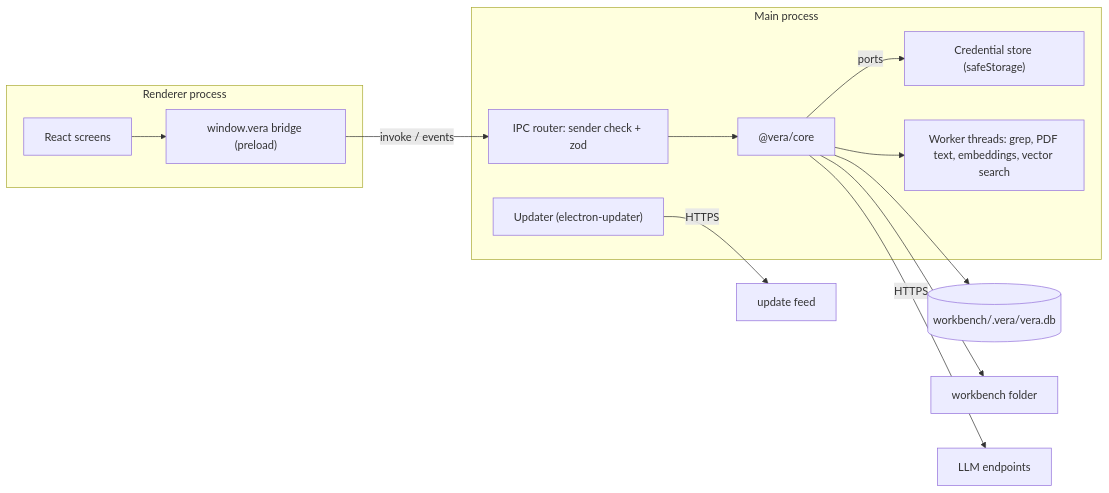
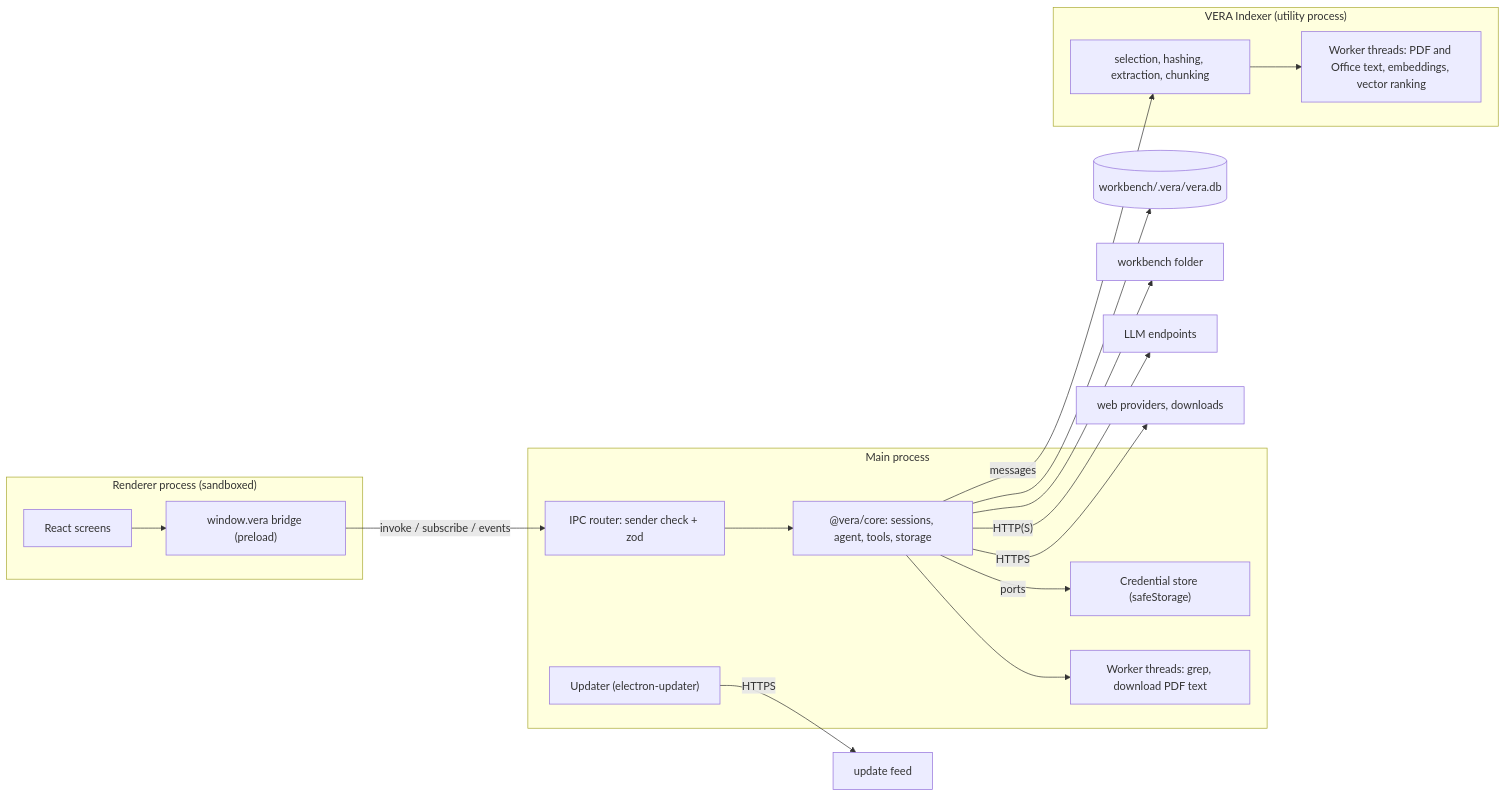
One commit to DDP-Engineering/2026_Virtual_Embedded_Rig_Assistant changed the diagram in 00_Planning/architecture/01-system.md. Above: the diagram before and after it, drawn with Mermaid. The commit also changed other lines of this file and 52 other files, not shown here.

````diff
--- a/00_Planning/architecture/01-system.md
+++ b/00_Planning/architecture/01-system.md
@@ -54,17 +59,22 @@
 ```mermaid
 flowchart LR
-  subgraph R["Renderer process"]
+  subgraph R["Renderer process (sandboxed)"]
     UI["React screens"] --> BR["window.vera bridge (preload)"]
   end
   subgraph M["Main process"]
-    IPC["IPC router: sender check + zod"] --> CORE["@vera/core"]
+    IPC["IPC router: sender check + zod"] --> CORE["@vera/core: sessions, agent, tools, storage"]
     CORE -- ports --> CRED["Credential store (safeStorage)"]
     UPD["Updater (electron-updater)"]
-    CORE --> WK["Worker threads: grep, PDF text, embeddings, vector search"]
+    CORE --> WK["Worker threads: grep, download PDF text"]
   end
-  BR -- "invoke / events" --> IPC
+  subgraph X["VERA Indexer (utility process)"]
+    IDX["selection, hashing, extraction, chunking"] --> EW["Worker threads: PDF and Office text, embeddings, vector ranking"]
+  end
+  BR -- "invoke / subscribe / events" --> IPC
+  CORE -- "messages" --> IDX
   CORE --> DB[("workbench/.vera/vera.db")]
   CORE --> FS["workbench folder"]
-  CORE -- HTTPS --> LLM["LLM endpoints"]
+  CORE -- "HTTP(S)" --> LLM["LLM endpoints"]
+  CORE -- HTTPS --> WEB["web providers, downloads"]
   UPD -- HTTPS --> FEED["update feed"]
 ```
````
